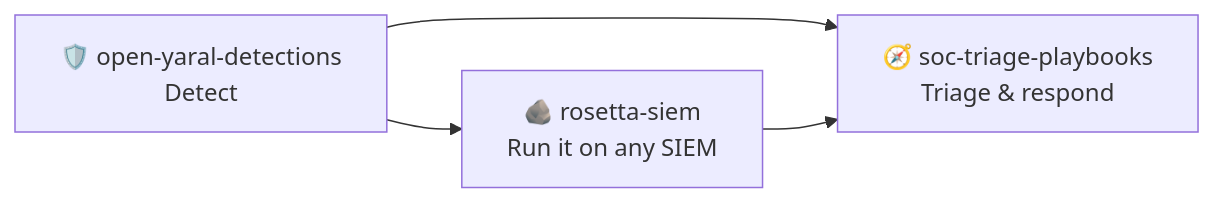
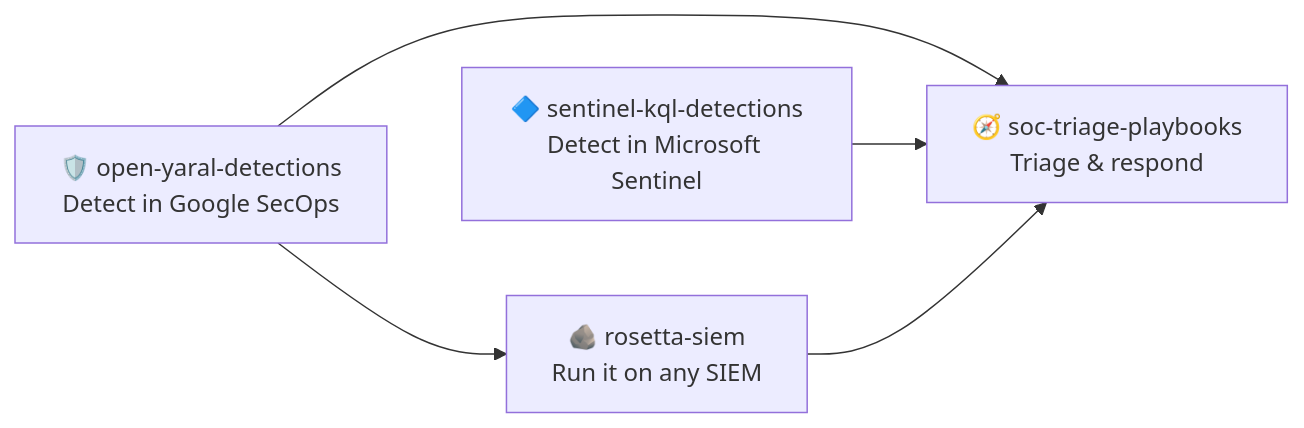
One commit to rizwancyberlock-svg/rizwancyberlock-svg changed the diagram in README.md. Above: the diagram before and after it, drawn with Mermaid. The commit also changed other lines of this file, not shown here.

````diff
--- a/README.md
+++ b/README.md
@@ -48,6 +54,7 @@
 ```mermaid
 flowchart LR
-  D["🛡️ open-yaral-detections<br/>Detect"] --> T["🧭 soc-triage-playbooks<br/>Triage & respond"]
+  D["🛡️ open-yaral-detections<br/>Detect in Google SecOps"] --> T["🧭 soc-triage-playbooks<br/>Triage & respond"]
+  K["🔷 sentinel-kql-detections<br/>Detect in Microsoft Sentinel"] --> T
   D --> R["🪨 rosetta-siem<br/>Run it on any SIEM"]
   R --> T
 ```
````
